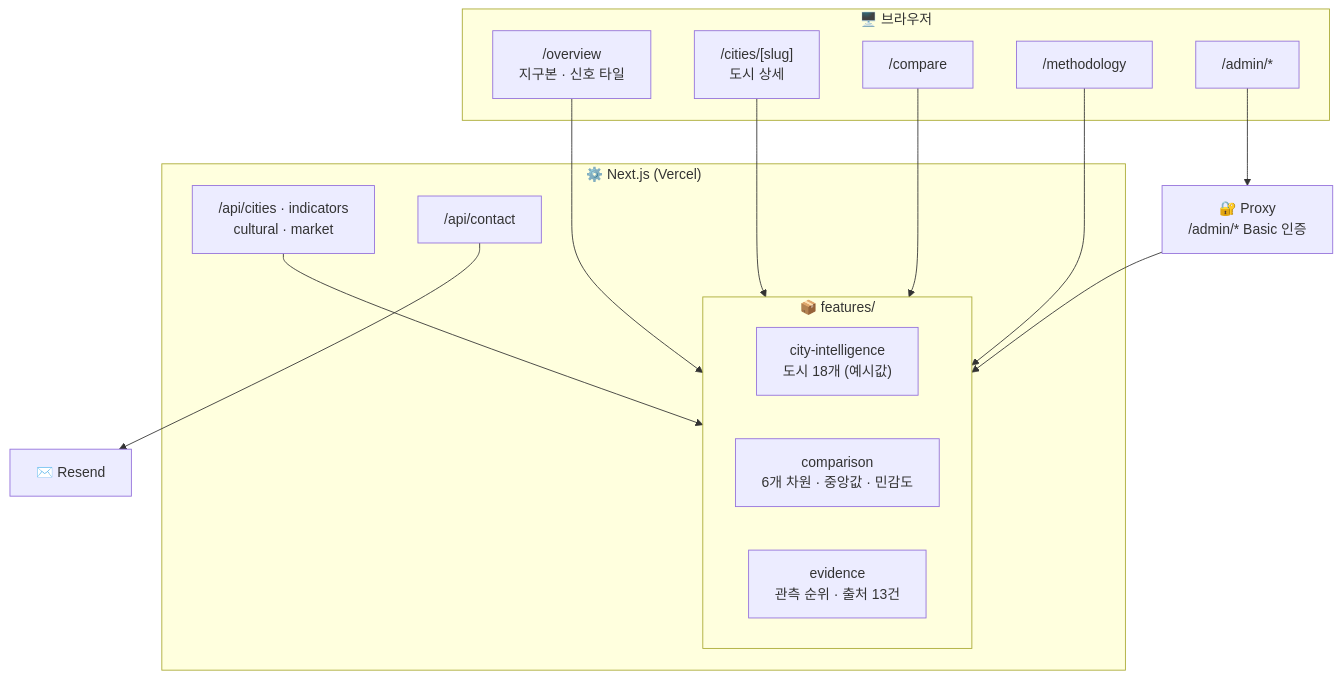
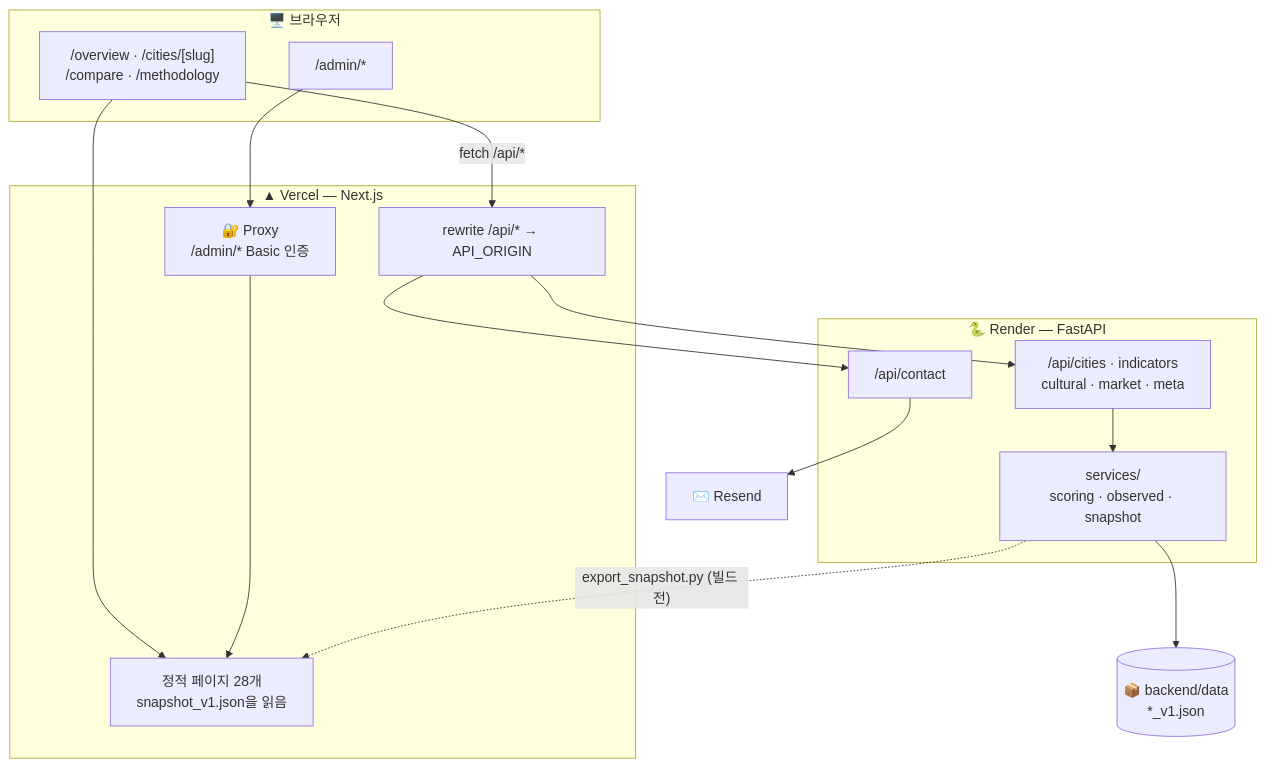
Before and after one commit to beang66/art-city-intelligence: the first of 5 diagrams in README.md, drawn with Mermaid. The commit also changed other lines of this file, not shown here.

First line of the commit message:
docs: README를 FastAPI 구조로 갱신 (이전 커밋에 반영되지 않은 내용)

````diff
--- a/README.md
+++ b/README.md
@@ -120,25 +121,25 @@
 ```mermaid
 flowchart TB
     subgraph Client["🖥️ 브라우저"]
-        OV["/overview<br>지구본 · 신호 타일"]
-        CT["/cities/[slug]<br>도시 상세"]
-        CP["/compare"]
-        MT["/methodology"]
+        PG["/overview · /cities/[slug]<br>/compare · /methodology"]
         AD["/admin/*"]
     end
-    PX["🔐 Proxy<br>/admin/* Basic 인증"]
-    subgraph App["⚙️ Next.js (Vercel)"]
-        API["/api/cities · indicators<br>cultural · market"]
-        CTC["/api/contact"]
-        subgraph Data["📦 features/"]
-            CI["city-intelligence<br>도시 18개 (예시값)"]
-            CM["comparison<br>6개 차원 · 중앙값 · 민감도"]
-            EV["evidence<br>관측 순위 · 출처 13건"]
-        end
+    subgraph Vercel["▲ Vercel — Next.js"]
+        PX["🔐 Proxy<br>/admin/* Basic 인증"]
+        SSG["정적 페이지 28개<br>snapshot_v1.json을 읽음"]
+        RW["rewrite /api/* → API_ORIGIN"]
     end
+    subgraph Render["🐍 Render — FastAPI"]
+        R1["/api/cities · indicators<br>cultural · market · meta"]
+        R2["/api/contact"]
+        SV["services/<br>scoring · observed · snapshot"]
+    end
+    D[("📦 backend/data<br>*_v1.json")]
     RS["✉️ Resend"]
-    AD --> PX
-    OV & CT & CP & MT & PX --> Data
-    API --> Data
-    CTC --> RS
+    PG --> SSG
+    AD --> PX --> SSG
+    PG -- "fetch /api/*" --> RW --> R1 & R2
+    R1 --> SV --> D
+    R2 --> RS
+    SV -. "export_snapshot.py (빌드 전)" .-> SSG
 ```
````
